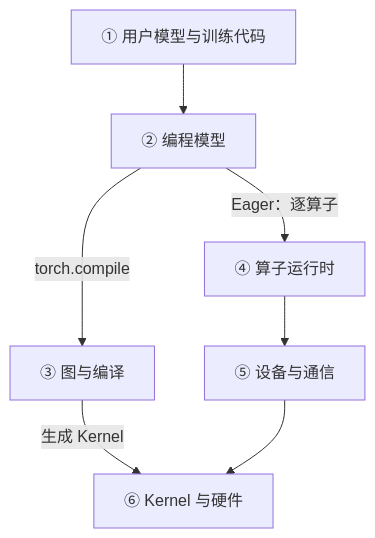
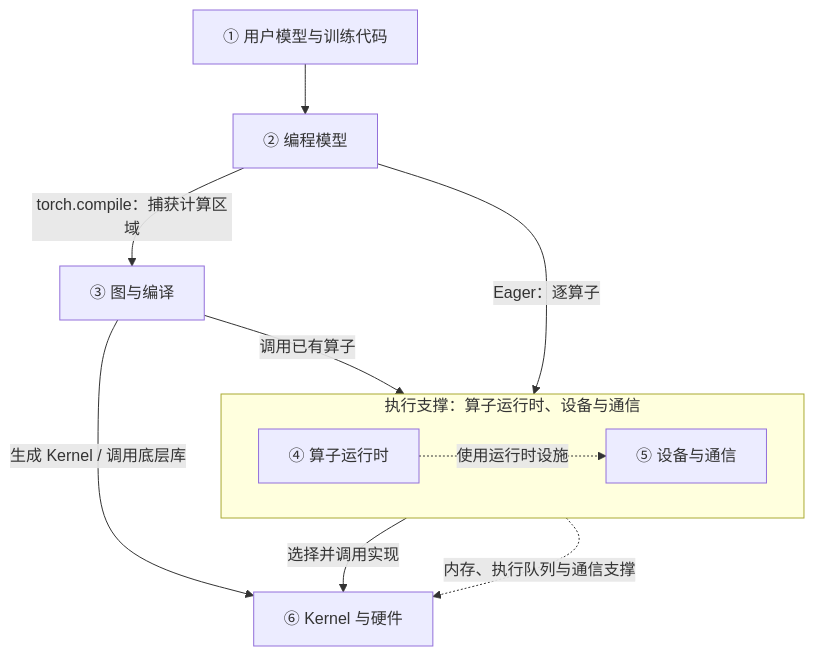
Before and after one commit to arganzheng/arganzheng.github.com: the first of 5 diagrams in _posts/2026-02-17-pytorch-overall-introduction.md, drawn with Mermaid. The commit also changed other lines of this file, not shown here.

First line of the commit message:
第一版优化：五、第一张地图：静态视角——PyTorch 的逻辑分层

````diff
--- a/_posts/2026-02-17-pytorch-overall-introduction.md
+++ b/_posts/2026-02-17-pytorch-overall-introduction.md
@@ -489,16 +489,23 @@
 ```mermaid
-%% 图：PyTorch 的六层逻辑分层：Eager 逐算子走算子运行时，torch.compile 走图与编译
+%% 图：PyTorch 的六层逻辑分层；箭头表示主要执行或支撑关系，不表示固定调用顺序
 flowchart TB
     A[① 用户模型与训练代码]
     B[② 编程模型]
     C[③ 图与编译]
-    D[④ 算子运行时]
-    E[⑤ 设备与通信]
     F[⑥ Kernel 与硬件]
+
+    subgraph S["执行支撑：算子运行时、设备与通信"]
+        direction LR
+        D[④ 算子运行时]
+        E[⑤ 设备与通信]
+    end
 
     A --> B
     B -- "Eager：逐算子" --> D
-    B -- "torch.compile" --> C
-    C -- "生成 Kernel" --> F
-    D --> E --> F
+    B -- "torch.compile：捕获计算区域" --> C
+    C -- "调用已有算子" --> D
+    C -- "生成 Kernel / 调用底层库" --> F
+    D -- "选择并调用实现" --> F
+    D -. "使用运行时设施" .-> E
+    E -. "内存、执行队列与通信支撑" .-> F
 ```
````
